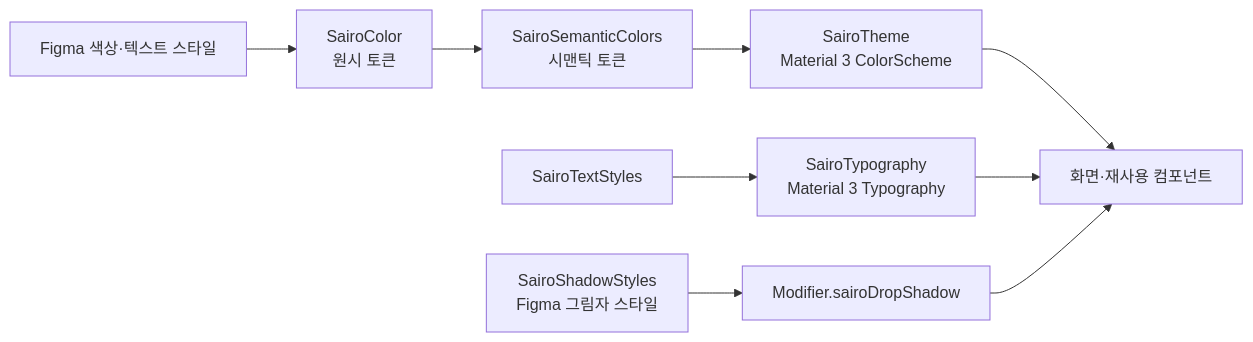
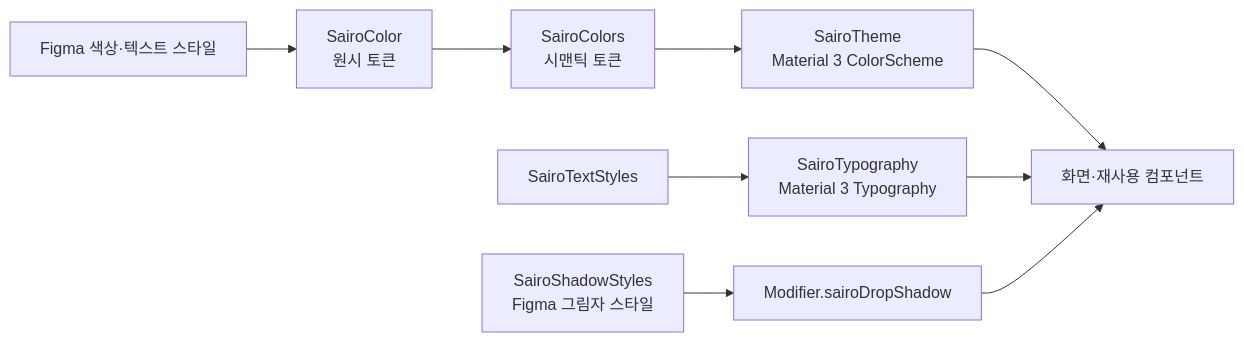
One commit to SAIRO14/SAIRO-ANDROID changed the diagram in docs/intermediate/design-tokens-and-semantic-colors.md. Above: the diagram before and after it, drawn with Mermaid. The commit also changed other lines of this file and 5 other files, not shown here.

````diff
--- a/docs/intermediate/design-tokens-and-semantic-colors.md
+++ b/docs/intermediate/design-tokens-and-semantic-colors.md
@@ -43,11 +46,11 @@
 ```mermaid
 flowchart LR
     Figma[Figma 색상·텍스트 스타일] --> Primitive[SairoColor\n원시 토큰]
-    Primitive --> Semantic[SairoSemanticColors\n시맨틱 토큰]
+    Primitive --> Semantic[SairoColors\n시맨틱 토큰]
     Semantic --> Theme[SairoTheme\nMaterial 3 ColorScheme]
     Type[SairoTextStyles] --> Typography[SairoTypography\nMaterial 3 Typography]
     Shadow[SairoShadowStyles\nFigma 그림자 스타일] --> Modifier[Modifier.sairoDropShadow]
     Theme --> UI[화면·재사용 컴포넌트]
     Typography --> UI
     Modifier --> UI
 ```
````
